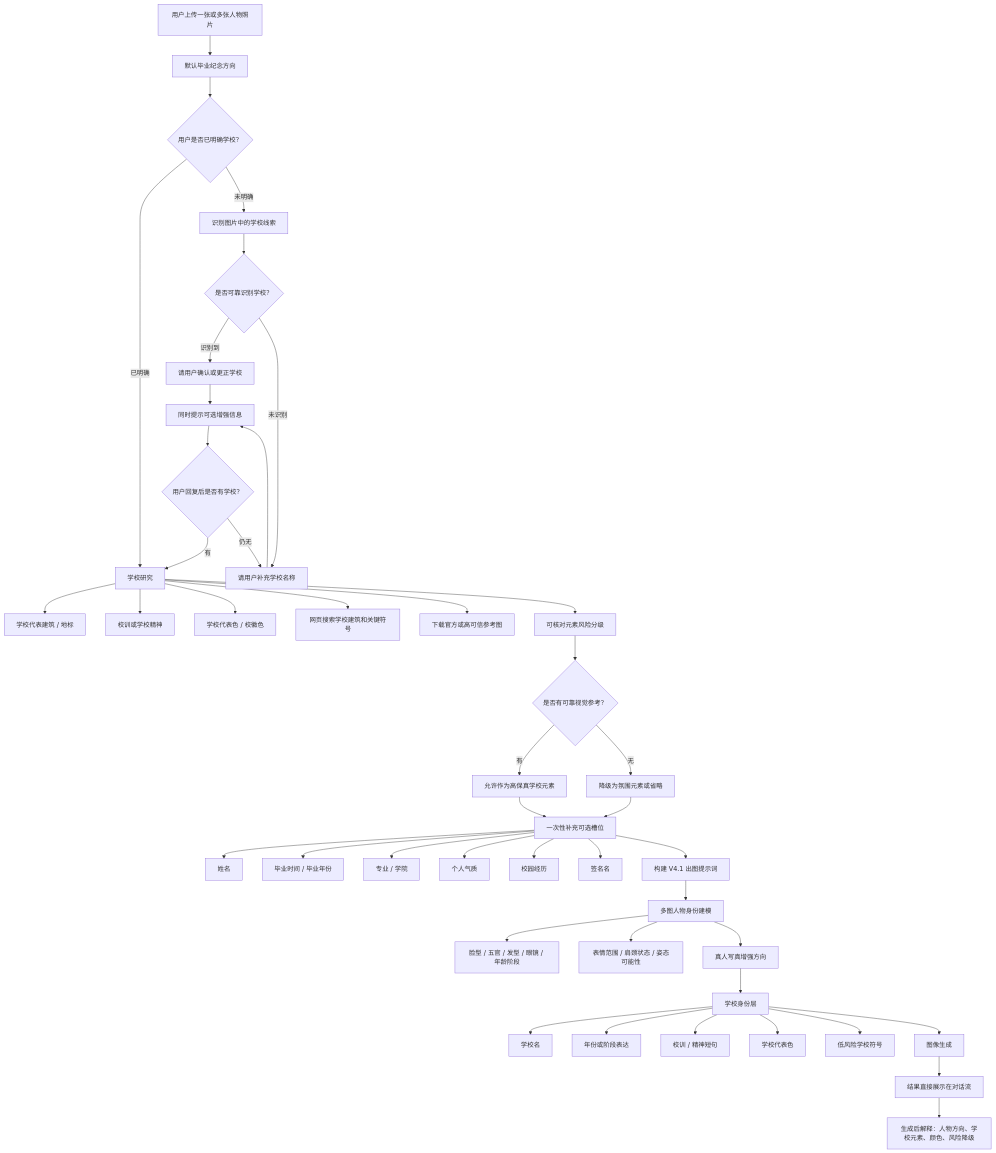
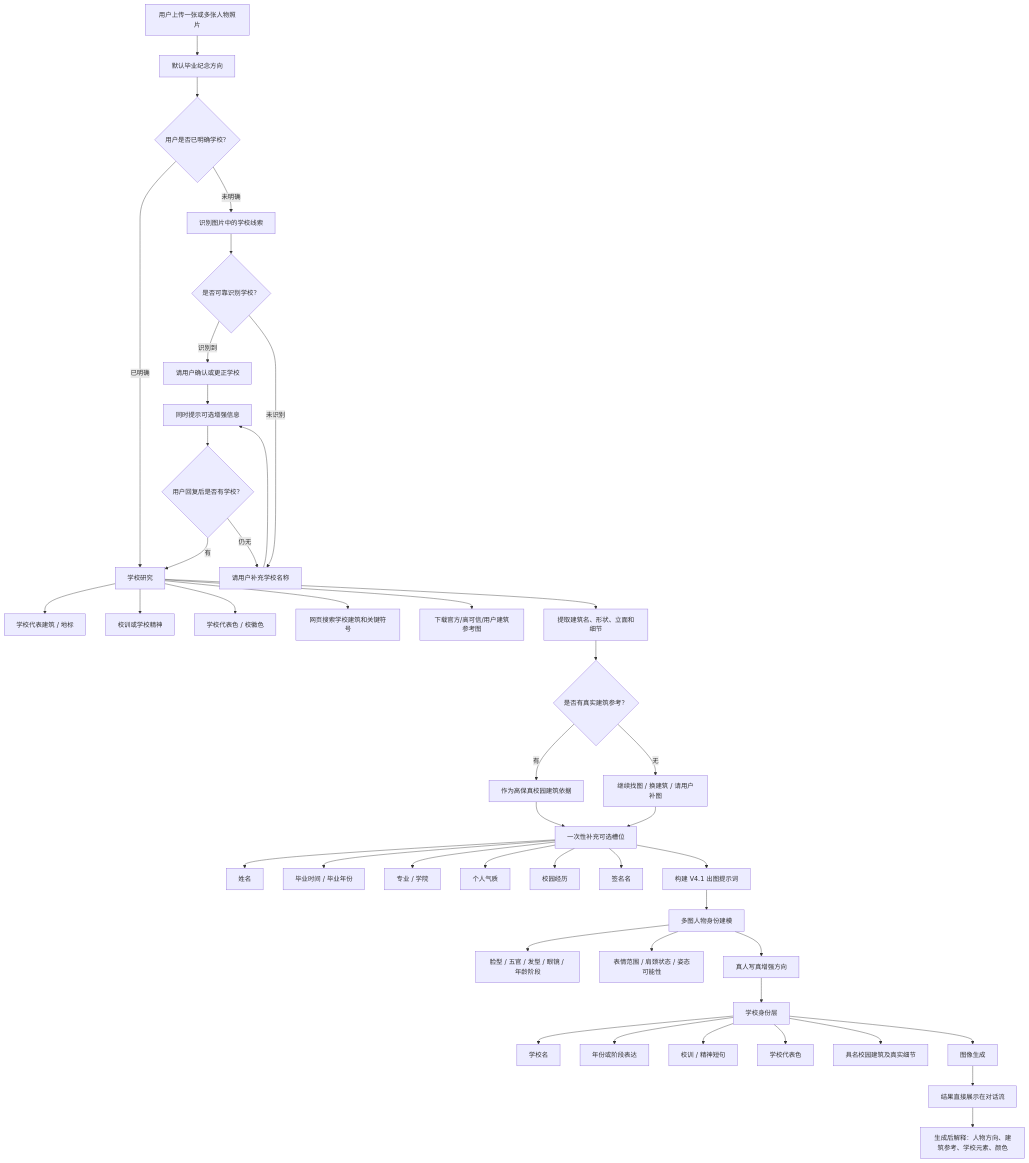
One commit to foxbitcoo/CampusRise changed the first of 2 diagrams in public/V4_WORKFLOW.md. Above: the diagram before and after it, drawn with Mermaid. The commit also changed other lines of this file and 7 other files, not shown here.

````diff
--- a/public/V4_WORKFLOW.md
+++ b/public/V4_WORKFLOW.md
@@ -7,51 +7,51 @@
 ```mermaid
 flowchart TD
     A["用户上传一张或多张人物照片"] --> B["默认毕业纪念方向"]
     B --> C{"用户是否已明确学校？"}
     C -->|已明确| K["学校研究"]
     C -->|未明确| F["识别图片中的学校线索"]
     F --> G{"是否可靠识别学校？"}
     G -->|识别到| H["请用户确认或更正学校"]
     G -->|未识别| I["请用户补充学校名称"]
     H --> X["同时提示可选增强信息"]
     I --> X
     X --> J{"用户回复后是否有学校？"}
     J -->|有| K
     J -->|仍无| I
 
     K --> K1["学校代表建筑 / 地标"]
     K --> K2["校训或学校精神"]
     K --> K3["学校代表色 / 校徽色"]
     K --> K4["网页搜索学校建筑和关键符号"]
-    K --> K5["下载官方或高可信参考图"]
-    K --> K6["可核对元素风险分级"]
+    K --> K5["下载官方/高可信/用户建筑参考图"]
+    K --> K6["提取建筑名、形状、立面和细节"]
 
-    K6 --> L{"是否有可靠视觉参考？"}
-    L -->|有| M["允许作为高保真学校元素"]
-    L -->|无| N["降级为氛围元素或省略"]
+    K6 --> L{"是否有真实建筑参考？"}
+    L -->|有| M["作为高保真校园建筑依据"]
+    L -->|无| N["继续找图 / 换建筑 / 请用户补图"]
 
     M --> O["一次性补充可选槽位"]
     N --> O
     O --> O1["姓名"]
     O --> O2["毕业时间 / 毕业年份"]
     O --> O3["专业 / 学院"]
     O --> O4["个人气质"]
     O --> O5["校园经历"]
     O --> O6["签名名"]
 
     O --> P["构建 V4.1 出图提示词"]
     P --> Q["多图人物身份建模"]
     Q --> Q1["脸型 / 五官 / 发型 / 眼镜 / 年龄阶段"]
     Q --> Q2["表情范围 / 肩颈状态 / 姿态可能性"]
     Q --> R["真人写真增强方向"]
     R --> S["学校身份层"]
     S --> S1["学校名"]
     S --> S2["年份或阶段表达"]
     S --> S3["校训 / 精神短句"]
     S --> S4["学校代表色"]
-    S --> S5["低风险学校符号"]
+    S --> S5["具名校园建筑及真实细节"]
 
     S --> T["图像生成"]
     T --> U["结果直接展示在对话流"]
-    U --> V["生成后解释：人物方向、学校元素、颜色、风险降级"]
+    U --> V["生成后解释：人物方向、建筑参考、学校元素、颜色"]
 ```
````
